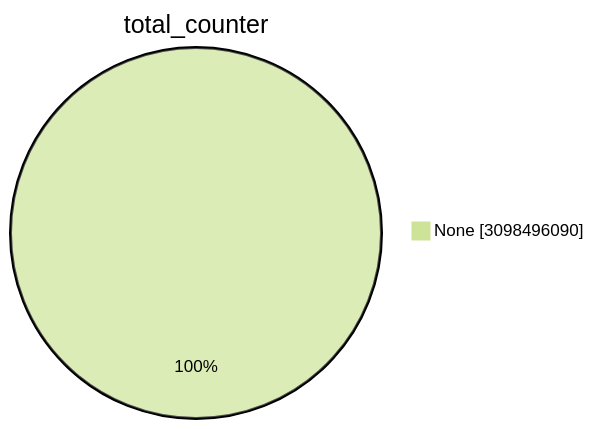
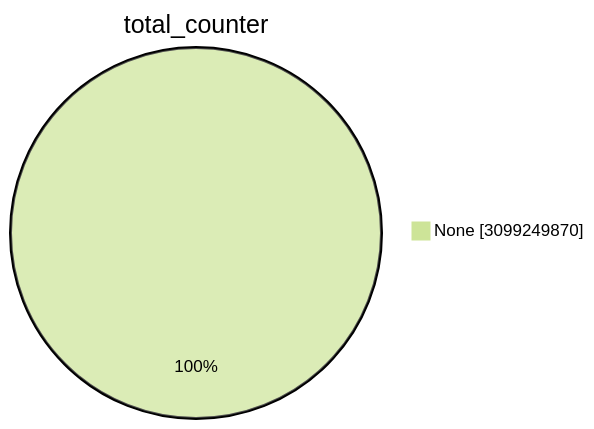
Before and after one commit to christiankrug/ctmonitor_visualization: the first of 15 diagrams in TOTAL/README.md, drawn with Mermaid (forest theme). The commit also changed other lines of this file, not shown here.

````diff
--- a/TOTAL/README.md
+++ b/TOTAL/README.md
@@ -1,5 +1,5 @@
 ```mermaid
 pie showData
 title total_counter
-"None" :3098496090
+"None" :3099249870
 ```
````
